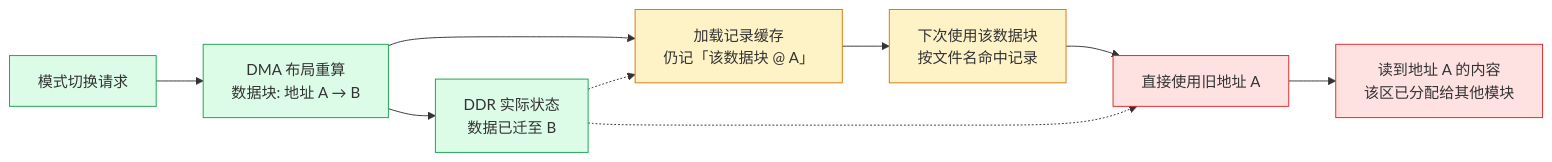
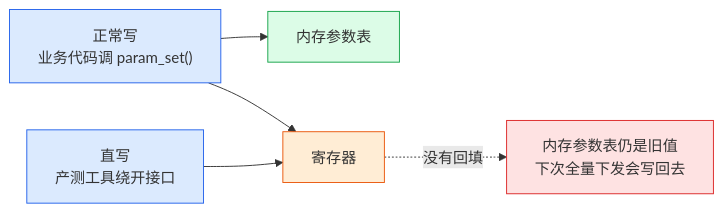
Before and after one commit to DeguiLiu/tech-notes: the first of 5 diagrams in content/posts/architecture/hardware_software_cache_coherence.md, drawn with Mermaid. The commit also changed other lines of this file and 1 other file, not shown here.

Commit message:
story-docs(blog): rewrite cache coherence post with code and diagrams

````diff
--- a/content/posts/architecture/hardware_software_cache_coherence.md
+++ b/content/posts/architecture/hardware_software_cache_coherence.md
@@ -66,21 +24,12 @@
 ```mermaid
 flowchart LR
-    A["模式切换请求"]:::ok
-    B["DMA 布局重算<br/>数据块: 地址 A → B"]:::ok
-    C1["DDR 实际状态<br/>数据已迁至 B"]:::ok
-    C2["加载记录缓存<br/>仍记「该数据块 @ A」"]:::warn
-    D["下次使用该数据块<br/>按文件名命中记录"]:::warn
-    E["直接使用旧地址 A"]:::err
-    F["读到地址 A 的内容<br/>该区已分配给其他模块"]:::err
-    A --> B
-    B --> C1
-    B --> C2
-    C1 -.-> C2
-    C2 --> D
-    D --> E
-    C1 -.-> E
-    E --> F
-    classDef ok fill:#dcfce7,stroke:#16a34a
-    classDef warn fill:#fef3c7,stroke:#d97706
+    A["正常写<br/>业务代码调 param_set()"]:::app --> C["内存参数表"]:::sw
+    A --> D["寄存器"]:::hw
+
+    E["直写<br/>产测工具绕开接口"]:::app --> D
+    D -.->|"没有回填"| F["内存参数表仍是旧值<br/>下次全量下发会写回去"]:::err
+    classDef app fill:#dbeafe,stroke:#2563eb
+    classDef sw fill:#dcfce7,stroke:#16a34a
+    classDef hw fill:#ffedd5,stroke:#ea580c
     classDef err fill:#fee2e2,stroke:#dc2626
 ```
````
